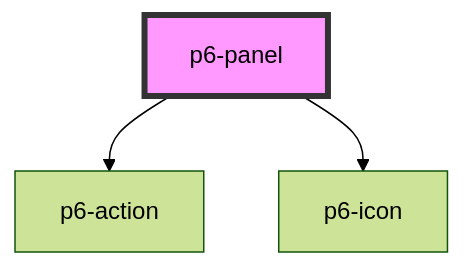
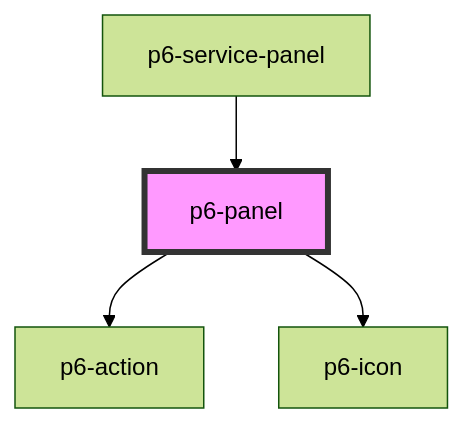
Before and after one commit to amalto/platform6-ui-components: the diagram in packages/core/src/components/molecules/p6-panel/readme.md, drawn with Mermaid (forest theme). The commit also changed other lines of this file and 14 other files, not shown here.

Commit message:
add a p6-service-panel component

````diff
--- a/packages/core/src/components/molecules/p6-panel/readme.md
+++ b/packages/core/src/components/molecules/p6-panel/readme.md
@@ -20,6 +24,7 @@
 ```mermaid
 graph TD;
   p6-panel --> p6-action
   p6-panel --> p6-icon
+  p6-service-panel --> p6-panel
   style p6-panel fill:#f9f,stroke:#333,stroke-width:4px
 ```
````
